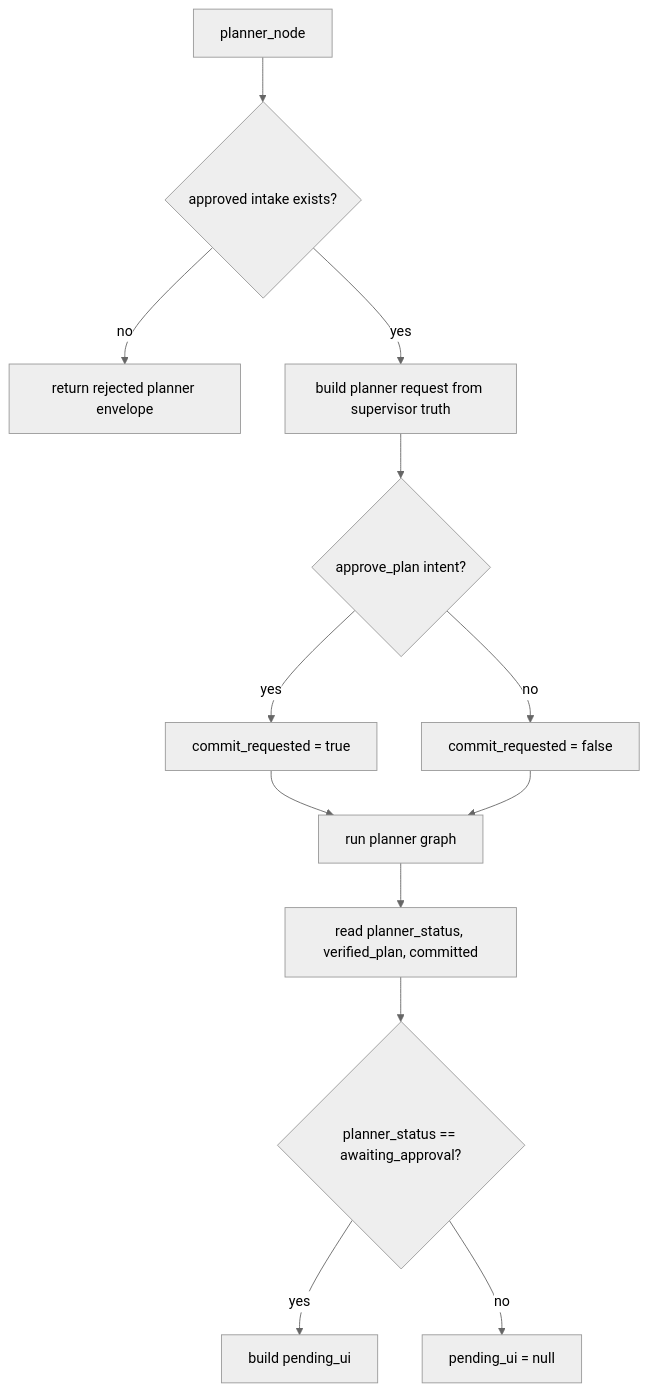
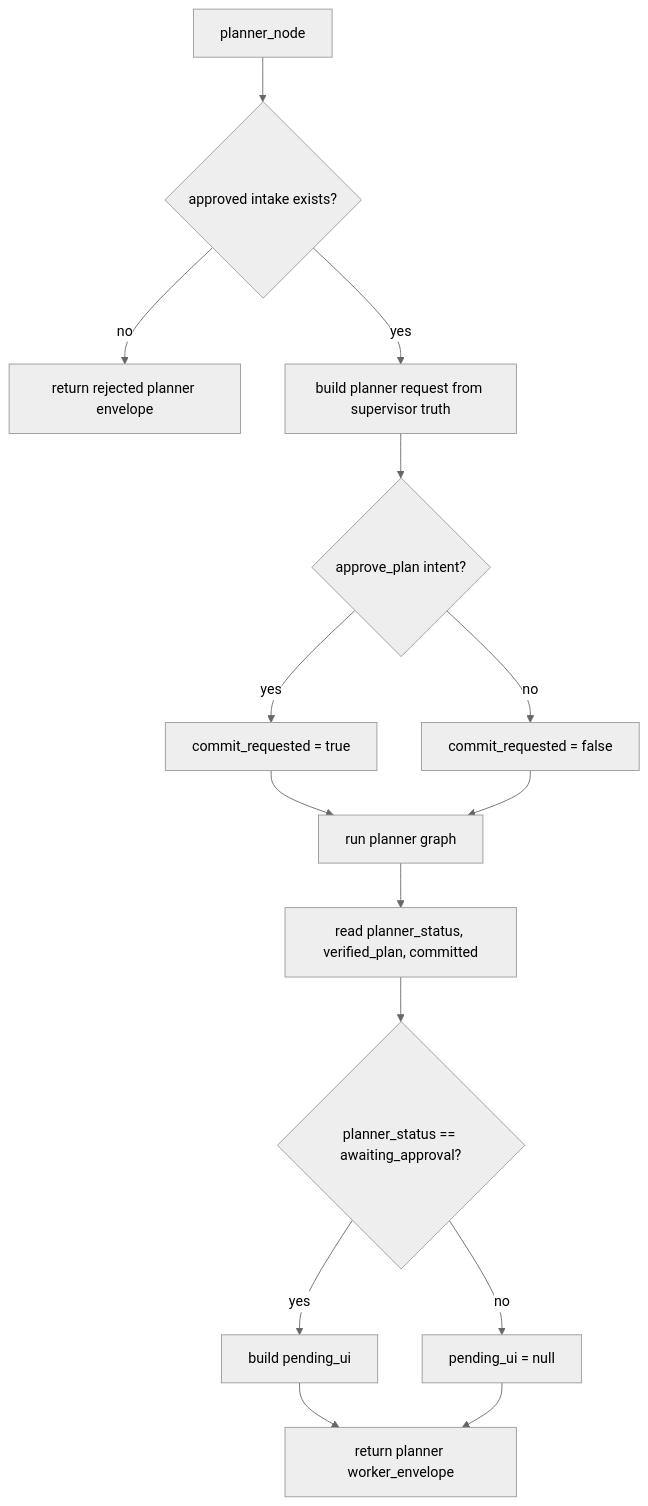
One commit to SaathiAI/PrivateSkedio changed the eighth of 11 diagrams in Weekly-Study-Planner/supervisor_slop_diagram.md. Above: the diagram before and after it, drawn with Mermaid (neutral theme). The commit also changed other lines of this file and 25 other files, not shown here.

````diff
--- a/Weekly-Study-Planner/supervisor_slop_diagram.md
+++ b/Weekly-Study-Planner/supervisor_slop_diagram.md
@@ -149,15 +151,17 @@
 ```mermaid
 flowchart TD
     PlannerNode["planner_node"] --> HaveIntake{"approved intake exists?"}
     HaveIntake -->|no| Reject["return rejected planner envelope"]
     HaveIntake -->|yes| Handoff["build planner request from supervisor truth"]
     Handoff --> Intent{"approve_plan intent?"}
     Intent -->|yes| CommitAction["commit_requested = true"]
     Intent -->|no| NormalWork["commit_requested = false"]
     CommitAction --> RunGraph["run planner graph"]
     NormalWork --> RunGraph
     RunGraph --> Extract["read planner_status, verified_plan, committed"]
     Extract --> PendingUI{"planner_status == awaiting_approval?"}
     PendingUI -->|yes| BuildUI["build pending_ui"]
     PendingUI -->|no| SkipUI["pending_ui = null"]
+    BuildUI --> PlannerEnvelope["return planner worker_envelope"]
+    SkipUI --> PlannerEnvelope
 ```
````
